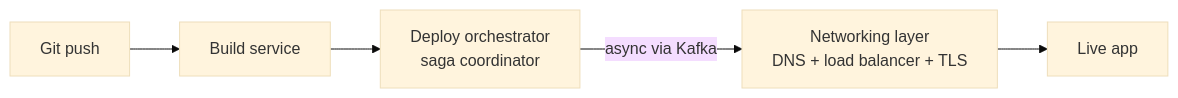
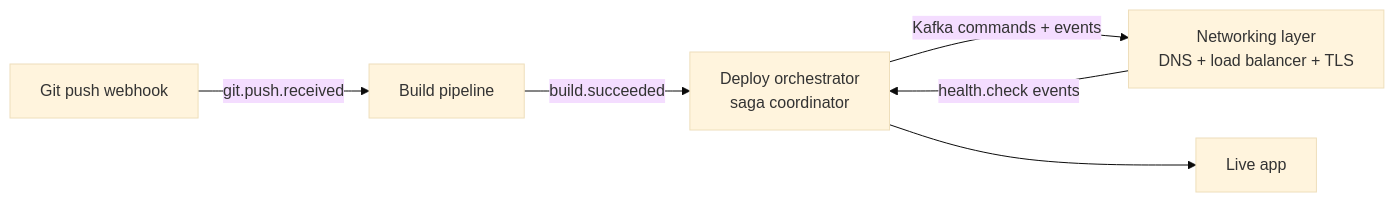
Before and after one commit to Wamitinewton/Pallet.io: the first of 2 diagrams in PROJECT.md, drawn with Mermaid (base theme). The commit also changed other lines of this file and 89 other files, not shown here.

````diff
--- a/PROJECT.md
+++ b/PROJECT.md
@@ -52,7 +52,8 @@
 ```mermaid
 flowchart LR
-    A[Git push] --> B[Build service]
-    B --> C[Deploy orchestrator<br/>saga coordinator]
-    C -->|async via Kafka| D[Networking layer<br/>DNS + load balancer + TLS]
-    D --> E[Live app]
+    A[Git push webhook] -->|git.push.received| B[Build pipeline]
+    B -->|build.succeeded| C[Deploy orchestrator<br/>saga coordinator]
+    C -->|Kafka commands + events| D[Networking layer<br/>DNS + load balancer + TLS]
+    D -->|health.check events| C
+    C --> E[Live app]
 ```
````
